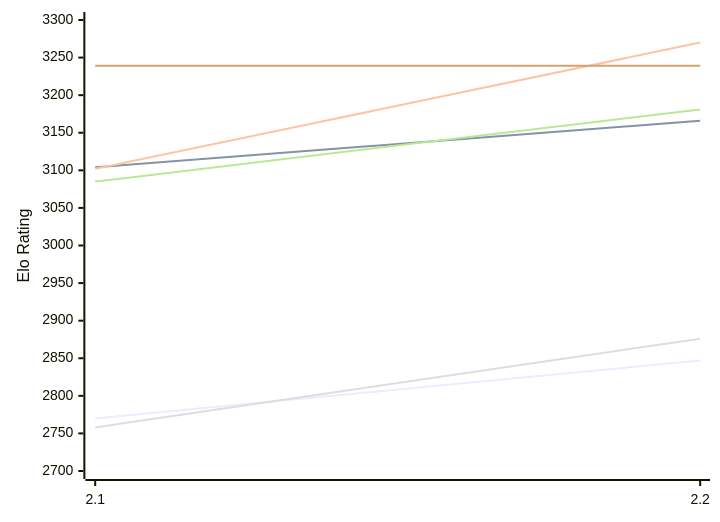
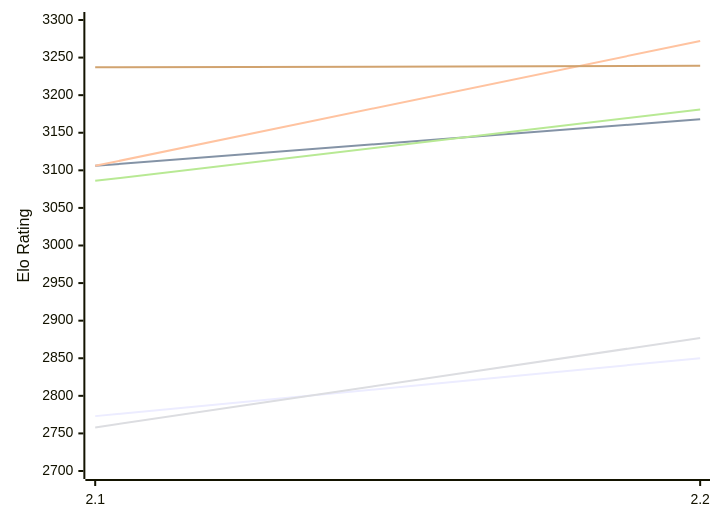
The first of 2 diagrams in engines/Tunguska.md (computer-chess-index/cci), drawn with Mermaid before and after one commit. The commit also changed other lines of this file, not shown here.

Commit message:
Update CCI Ratings (ELO VLTC) - 2026-11-22

````diff
--- a/engines/Tunguska.md
+++ b/engines/Tunguska.md
@@ -51,12 +51,12 @@
 ```mermaid
 %%{init: {"theme":"base","themeVariables":{"seriesColors:['#a3a3a3','#222221','#faa371']}}}%%
 xychart-beta
   x-axis ["2.1", "2.2"]
   y-axis "Elo Rating" 2700 --> 3300
-  line "E1: STC (8.0+0.08s)" [2770, 2847]
-  line "E1: LTC (60.0+0.60s)" [3104, 3166]
-  line "E1: VLTC (2m24s+1.12s)" [3102, 3270]
-  line "P1: STC (8.0+0.08s)" [2758, 2876]
-  line "P1: LTC (60.0+0.60s)" [3085, 3181]
-  line "P1: VLTC (2m24s+1.12s)" [3239, 3239]
+  line "E1: STC (8.0+0.08s)" [2773, 2850]
+  line "E1: LTC (60.0+0.60s)" [3106, 3168]
+  line "E1: VLTC (2m24s+1.12s)" [3106, 3272]
+  line "P1: STC (8.0+0.08s)" [2758, 2877]
+  line "P1: LTC (60.0+0.60s)" [3086, 3181]
+  line "P1: VLTC (2m24s+1.12s)" [3237, 3239]
 ```
````
